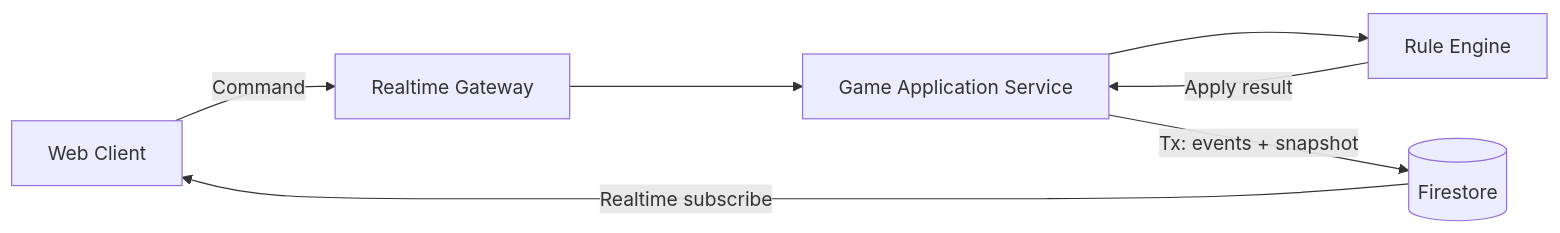
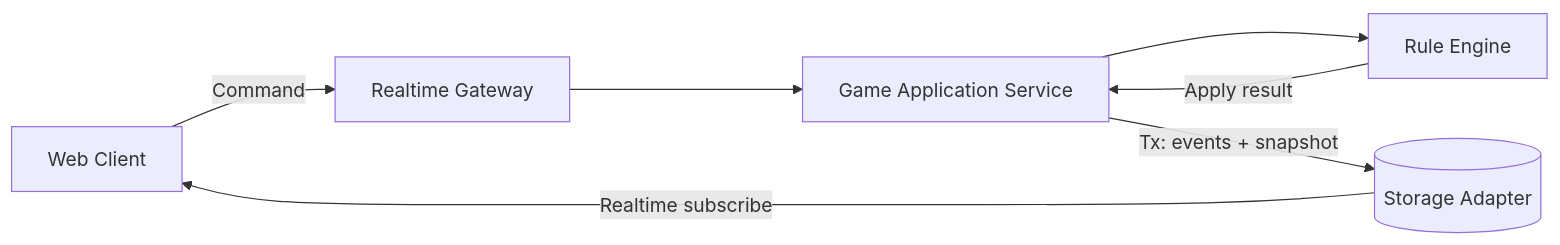
The first of 2 diagrams in ARCHITECTURE.md (dydfuf/merchant), drawn with Mermaid before and after one commit. The commit also changed other lines of this file and 32 other files, not shown here.

````diff
--- a/ARCHITECTURE.md
+++ b/ARCHITECTURE.md
@@ -54,15 +54,15 @@
 ```mermaid
 flowchart LR
   C[Web Client]
   G[Realtime Gateway]
   A[Game Application Service]
   R[Rule Engine]
-  F[(Firestore)]
+  S[(Storage Adapter)]
 
   C -->|Command| G
   G --> A
   A --> R
   R -->|Apply result| A
-  A -->|Tx: events + snapshot| F
-  F -->|Realtime subscribe| C
+  A -->|Tx: events + snapshot| S
+  S -->|Realtime subscribe| C
 ```
````
